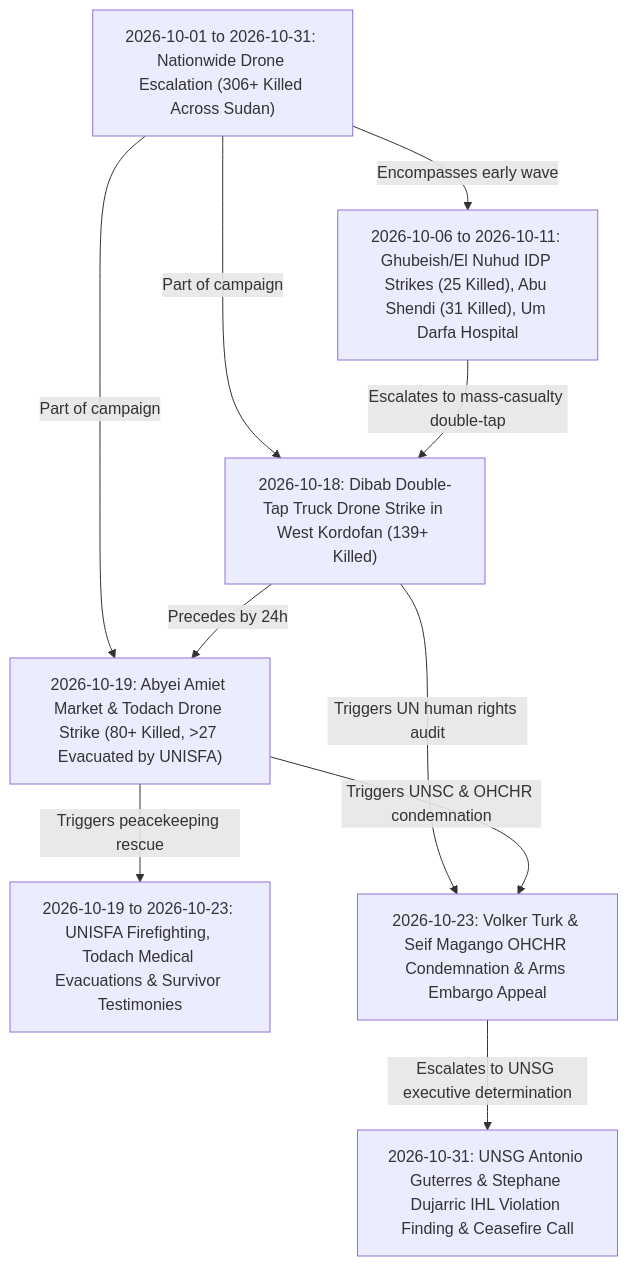
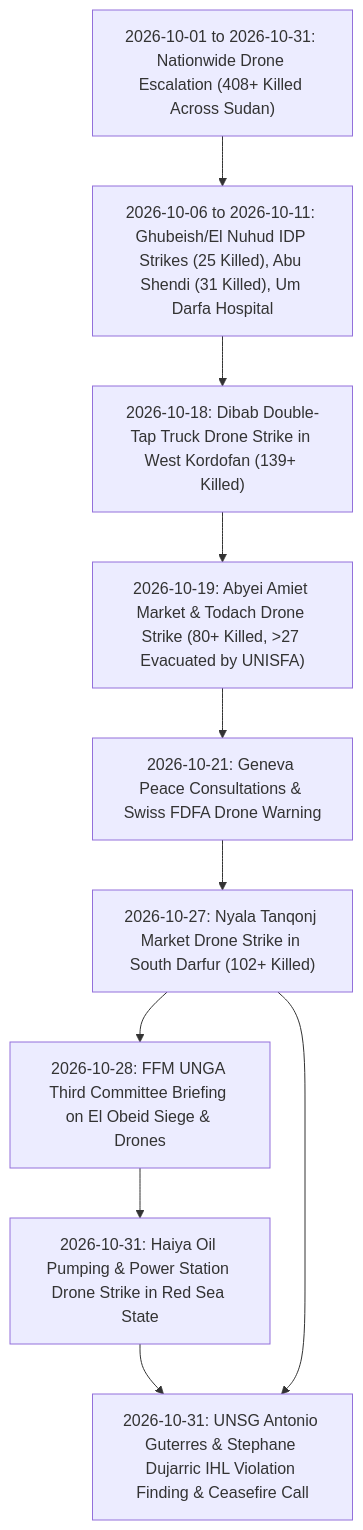
Before and after one commit to litznerski/llm-wiki-news: the diagram in wiki/timelines/2026-10 Sudan Conflict Chronicle.md, drawn with Mermaid. The commit also changed other lines of this file and 125 other files, not shown here.

````diff
--- a/wiki/timelines/2026-10 Sudan Conflict Chronicle.md
+++ b/wiki/timelines/2026-10 Sudan Conflict Chronicle.md
@@ -91,20 +144,22 @@
 ```mermaid
 flowchart TD
-    CAMP["2026-10-01 to 2026-10-31: Nationwide Drone Escalation (306+ Killed Across Sudan)"]
+    CAMP["2026-10-01 to 2026-10-31: Nationwide Drone Escalation (408+ Killed Across Sudan)"]
     PHASE1["2026-10-06 to 2026-10-11: Ghubeish/El Nuhud IDP Strikes (25 Killed), Abu Shendi (31 Killed), Um Darfa Hospital"]
     DIBAB["2026-10-18: Dibab Double-Tap Truck Drone Strike in West Kordofan (139+ Killed)"]
     ABYEI["2026-10-19: Abyei Amiet Market & Todach Drone Strike (80+ Killed, >27 Evacuated by UNISFA)"]
-    UNISFA_RESP["2026-10-19 to 2026-10-23: UNISFA Firefighting, Todach Medical Evacuations & Survivor Testimonies"]
-    OHCHR_COND["2026-10-23: Volker Turk & Seif Magango OHCHR Condemnation & Arms Embargo Appeal"]
+    GENEVA["2026-10-21: Geneva Peace Consultations & Swiss FDFA Drone Warning"]
+    NYALA["2026-10-27: Nyala Tanqonj Market Drone Strike in South Darfur (102+ Killed)"]
+    FFM["2026-10-28: FFM UNGA Third Committee Briefing on El Obeid Siege & Drones"]
+    HAIYA["2026-10-31: Haiya Oil Pumping & Power Station Drone Strike in Red Sea State"]
     UNSG_COND["2026-10-31: UNSG Antonio Guterres & Stephane Dujarric IHL Violation Finding & Ceasefire Call"]
 
-    CAMP -->|"Encompasses early wave"| PHASE1
-    CAMP -->|"Part of campaign"| DIBAB
-    CAMP -->|"Part of campaign"| ABYEI
-    PHASE1 -->|"Escalates to mass-casualty double-tap"| DIBAB
-    DIBAB -->|"Precedes by 24h"| ABYEI
-    ABYEI -->|"Triggers peacekeeping rescue"| UNISFA_RESP
-    DIBAB -->|"Triggers UN human rights audit"| OHCHR_COND
-    ABYEI -->|"Triggers UNSC & OHCHR condemnation"| OHCHR_COND
-    OHCHR_COND -->|"Escalates to UNSG executive determination"| UNSG_COND
+    CAMP --> PHASE1
+    PHASE1 --> DIBAB
+    DIBAB --> ABYEI
+    ABYEI --> GENEVA
+    GENEVA --> NYALA
+    NYALA --> FFM
+    FFM --> HAIYA
+    HAIYA --> UNSG_COND
+    NYALA --> UNSG_COND
 ```
````
